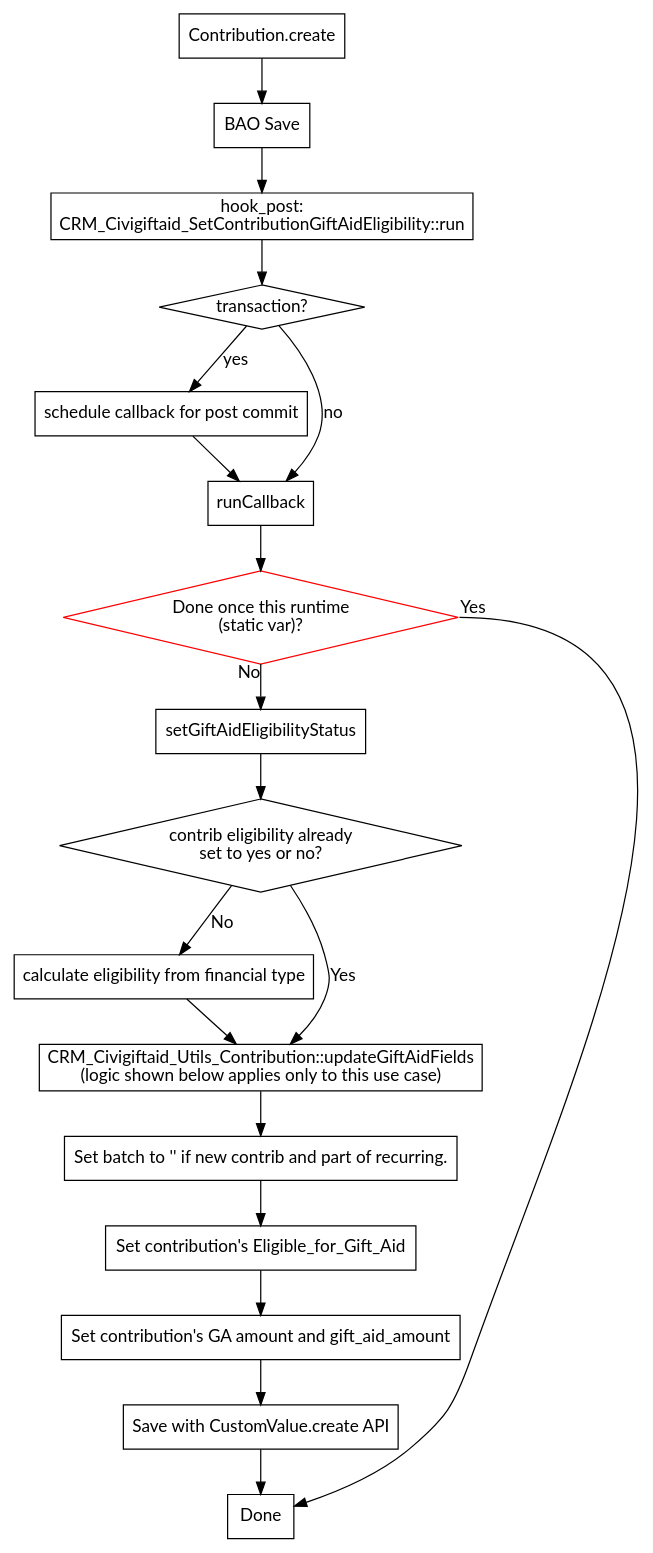
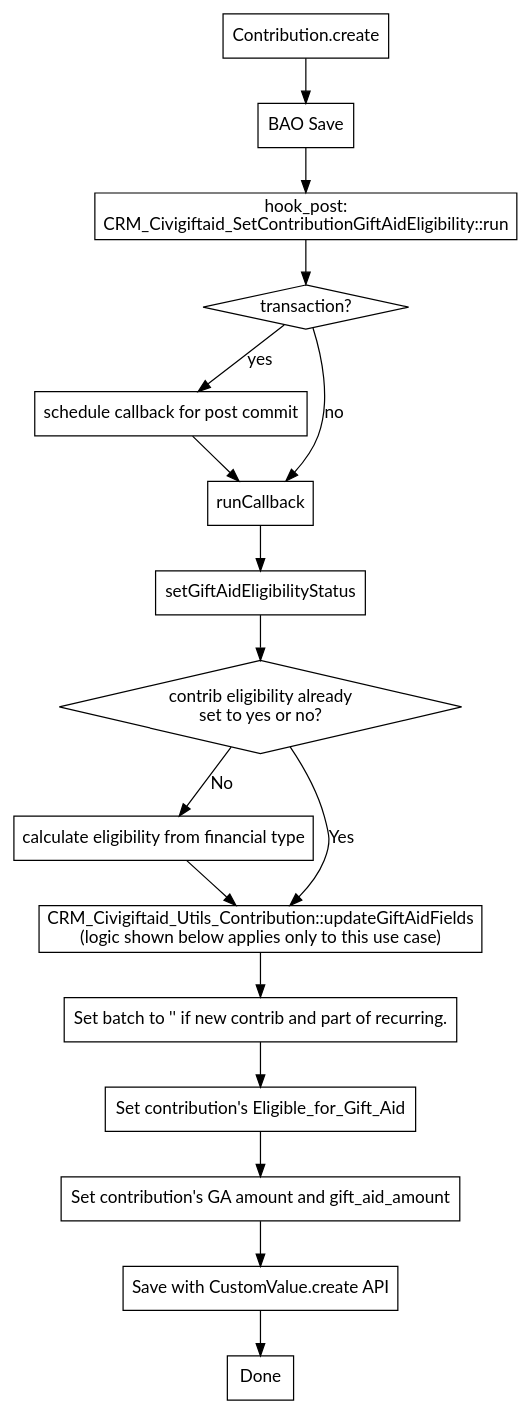
The diagram in docs/eligibility.dot (mattwire/uk.co.compucorp.civicrm.giftaid), drawn with Graphviz before and after one commit. The commit also changed 1 other file, not shown here.

Commit message:
update eligibility flowchart for the case after this PR

```diff
--- a/docs/eligibility.dot
+++ b/docs/eligibility.dot
@@ -1,76 +1,73 @@
 digraph A {
   graph [fontname="Lato"]
   node [fontname="Lato", shape=rectangle]
   edge [fontname="Lato"]
 
   contribCreate [label="Contribution.create"]
 
   contribCreate->BAOsave
 
   BAOsave [label="BAO Save"]
   BAOsave->hookPost
   hookPost [label="hook_post:\nCRM_Civigiftaid_SetContributionGiftAidEligibility::run"]
   hookPost->trans
   trans [label="transaction?", shape=diamond]
     trans -> schedule [label="yes"]
     schedule [label="schedule callback for post commit"]
     trans -> runCallback [label="no"]
 
   runCallback [label="runCallback"]
   schedule->runCallback
 
-  runCallback->callbackDoneBefore
-  callbackDoneBefore [label="Done once this runtime\n(static var)?", shape=diamond, color=red]
-    callbackDoneBefore:s->setGiftAidEligibilityStatus [taillabel="No"]
-    callbackDoneBefore:e->end [taillabel="Yes", weight=0]
+  runCallback->setGiftAidEligibilityStatus
 
   setGiftAidEligibilityStatus -> qAlreadySet
   qAlreadySet [label="contrib eligibility already\nset to yes or no?", shape=diamond]
     qAlreadySet->calcContribElig [label="No"]
       calcContribElig [label="calculate eligibility from financial type"]
       calcContribElig->updateGiftAidFields
     qAlreadySet->updateGiftAidFields [label="Yes"]
 
   updateGiftAidFields [label="CRM_Civigiftaid_Utils_Contribution::updateGiftAidFields\n(logic shown below applies only to this use case)"]
   updateGiftAidFields->setBatch
 
   setBatch [label="Set batch to '' if new contrib and part of recurring."]
   setBatch->setContribEl
   setContribEl [label="Set contribution's Eligible_for_Gift_Aid"]
   setContribEl->setContribAmounts
   setContribAmounts [label="Set contribution's GA amount and gift_aid_amount"]
   setContribAmounts->saveContribGA
   saveContribGA [label="Save with CustomValue.create API"]
 
   saveContribGA -> end
 
   end [label="Done"]
 
 
 //  start [label="Set out what needs doing,\nwhat the budget is.", style="filled", fillcolor="#ffee88"]
 
 // qStaffInterestCount [label="How many staff are\ncapable, interested and available\nto do this work\nwith normal pay and conditions?", shape=diamond]
 // selectionProcess [label="Selection process?", shape=rectangle]
 // qSkills [label="Feasible to\ndevelop skills?", shape=diamond]
 // qUrgent [label="Urgent?", shape=diamond]
 // qEmploy [label="Legally\nemployment?", shape=diamond]
 // qConsultant [label="Skills required\nfavour consultant?", shape=diamond]
 //
 // endTempContract [label="Temporary contract ammendment", shape=rectangle, style="rounded,filled",fillcolor="#ddffcc"]
 // endConsultant [label="Find consultant", shape=rectangle, style="rounded,filled",fillcolor="#ddffcc"]
 // endRecruit [label="Recruit on\nfixed term", shape=rectangle, style="rounded,filled",fillcolor="#ddffcc"]
 //
 // start -> qStaffInterestCount [color="#ff0000"]
 // qSkills -> qStaffInterestCount [label="Yes"]
 // qStaffInterestCount -> endTempContract [label="1"]
 // qStaffInterestCount -> selectionProcess [label="2+"]
 // qStaffInterestCount -> qSkills [label="none"]
 // selectionProcess -> endTempContract
 // qSkills -> qEmploy [label="No"]
 // qEmploy -> qUrgent [label="No"]
 // qUrgent -> endConsultant [label="Yes"]
 // qUrgent -> qConsultant [label="No"]
 // qConsultant -> endConsultant [label="Yes"]
 // qConsultant -> endRecruit [label="No"]
 // qEmploy -> endRecruit [label="Yes", weight=2]
 }
```
